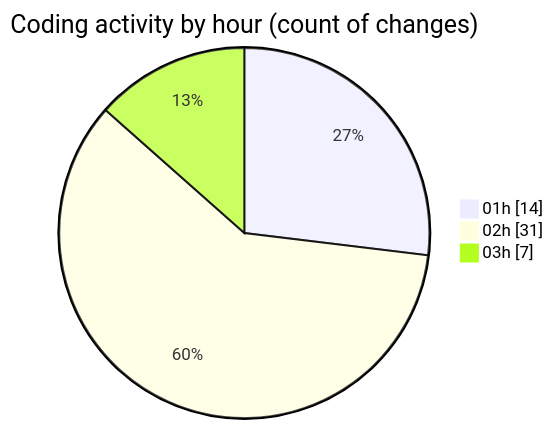
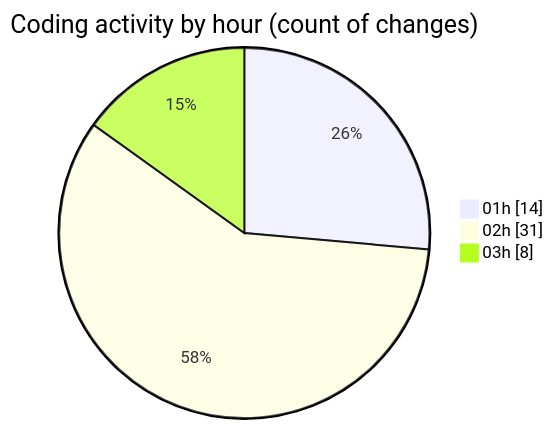
One commit to jrari/code-tracking changed the second of 2 diagrams in 2025-07-13/telebot/README.md. Above: the diagram before and after it, drawn with Mermaid. The commit also changed other lines of this file and 1 other file, not shown here.

````diff
--- a/2025-07-13/telebot/README.md
+++ b/2025-07-13/telebot/README.md
@@ -55,7 +55,7 @@
 ```mermaid
 pie showData
 title Coding activity by hour (count of changes)
 "01h" : 14
 "02h" : 31
-"03h" : 7
+"03h" : 8
 ```
````
